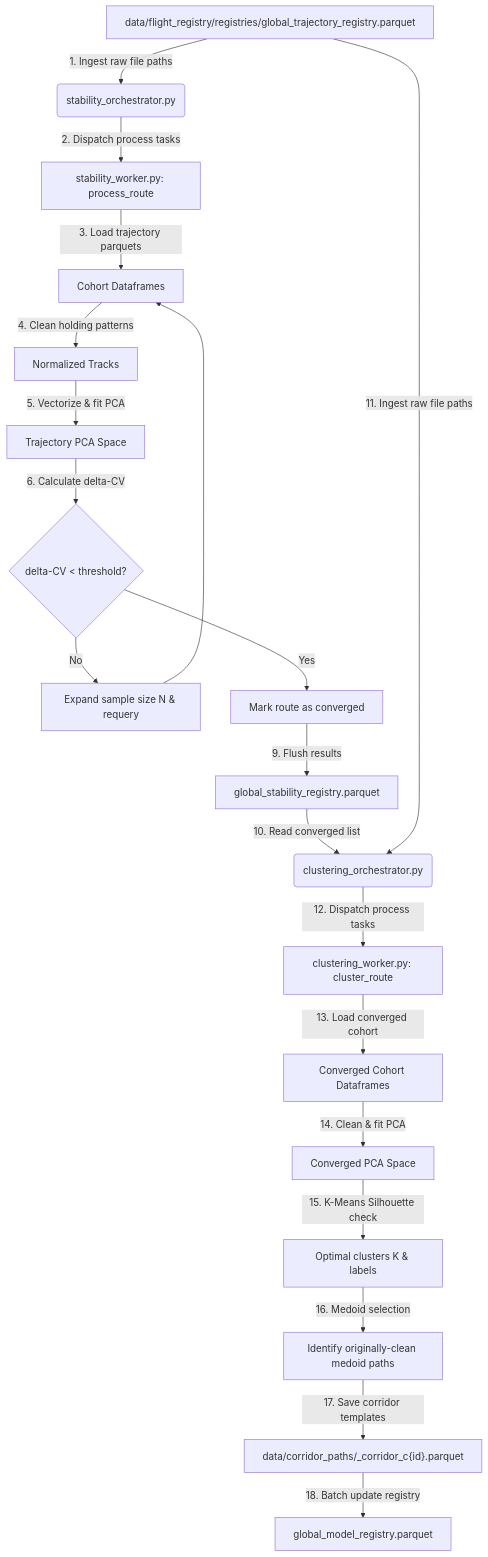
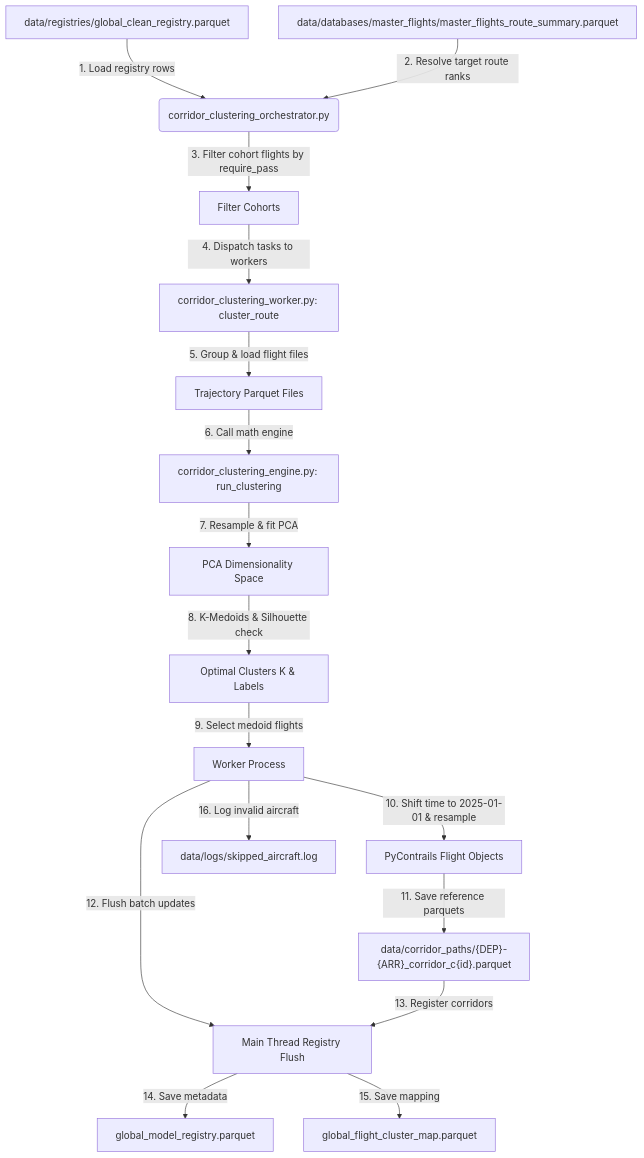
One commit to Bauzement123/flight-physics-pipeline changed the diagram in src/core/corridor/README.md. Above: the diagram before and after it, drawn with Mermaid. The commit also changed other lines of this file and 12 other files, not shown here.

Commit message:
feat(corridor): implement simplified corridor clustering CLI, orchestrator, and registry updates

````diff
--- a/src/core/corridor/README.md
+++ b/src/core/corridor/README.md
@@ -82,23 +64,25 @@
 ```mermaid
 graph TD
-    A[data/flight_registry/registries/global_trajectory_registry.parquet] -->|1. Ingest raw file paths| B(stability_orchestrator.py)
-    B -->|2. Dispatch process tasks| C[stability_worker.py: process_route]
-    C -->|3. Load trajectory parquets| D[Cohort Dataframes]
-    D -->|4. Clean holding patterns| E[Normalized Tracks]
-    E -->|5. Vectorize & fit PCA| F[Trajectory PCA Space]
-    F -->|6. Calculate delta-CV| G{"delta-CV < threshold?"}
-    G -->|No| H[Expand sample size N & requery]
-    H --> D
-    G -->|Yes| I[Mark route as converged]
-    I -->|9. Flush results| J[global_stability_registry.parquet]
+    A[data/registries/global_clean_registry.parquet] -->|1. Load registry rows| B(corridor_clustering_orchestrator.py)
+    C[data/databases/master_flights/master_flights_route_summary.parquet] -->|2. Resolve target route ranks| B
     
-    J -->|10. Read converged list| K(clustering_orchestrator.py)
-    A -->|11. Ingest raw file paths| K
-    K -->|12. Dispatch process tasks| L[clustering_worker.py: cluster_route]
-    L -->|13. Load converged cohort| M[Converged Cohort Dataframes]
-    M -->|14. Clean & fit PCA| N[Converged PCA Space]
-    N -->|15. K-Means Silhouette check| O[Optimal clusters K & labels]
-    O -->|16. Medoid selection| P[Identify originally-clean medoid paths]
-    P -->|17. Save corridor templates| Q["data/corridor_paths/<route>_corridor_c{id}.parquet"]
-    Q -->|18. Batch update registry| R[global_model_registry.parquet]
+    B -->|3. Filter cohort flights by require_pass| D[Filter Cohorts]
+    D -->|4. Dispatch tasks to workers| E[corridor_clustering_worker.py: cluster_route]
+    
+    E -->|5. Group & load flight files| F[Trajectory Parquet Files]
+    F -->|6. Call math engine| G[corridor_clustering_engine.py: run_clustering]
+    
+    G -->|7. Resample & fit PCA| H[PCA Dimensionality Space]
+    H -->|8. K-Medoids & Silhouette check| I[Optimal Clusters K & Labels]
+    
+    I -->|9. Select medoid flights| J[Worker Process]
+    J -->|10. Shift time to 2025-01-01 & resample| K[PyContrails Flight Objects]
+    K -->|11. Save reference parquets| L["data/corridor_paths/{DEP}-{ARR}_corridor_c{id}.parquet"]
+    
+    J -->|12. Flush batch updates| M[Main Thread Registry Flush]
+    L -->|13. Register corridors| M
+    M -->|14. Save metadata| N[global_model_registry.parquet]
+    M -->|15. Save mapping| O[global_flight_cluster_map.parquet]
+    
+    J -->|16. Log invalid aircraft| P[data/logs/skipped_aircraft.log]
 ```
````
